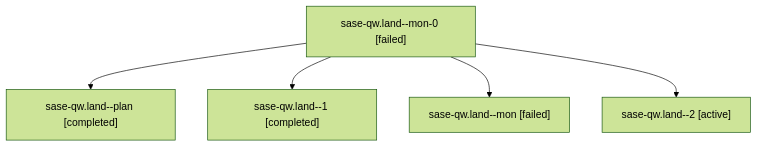
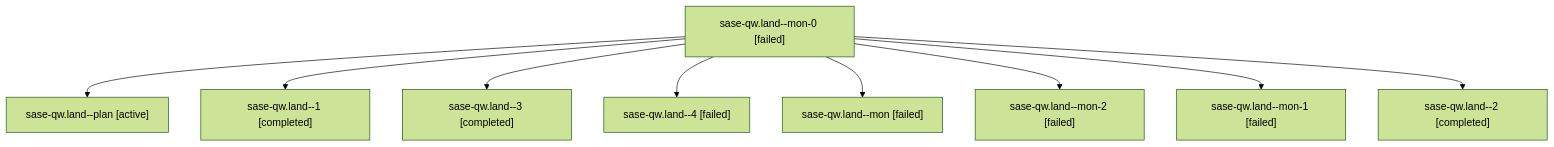
One commit to sase-org/sase--agents changed the diagram in families/bbugyi200.athena.sase-qw.land.md. Above: the diagram before and after it, drawn with Mermaid (forest theme). The commit also changed other lines of this file and 35830 other files, not shown here.

````diff
--- a/families/bbugyi200.athena.sase-qw.land.md
+++ b/families/bbugyi200.athena.sase-qw.land.md
@@ -9,12 +9,20 @@
 ```mermaid
 flowchart TD
   n0["sase-qw.land--mon-0 [failed]"]
-  n1["sase-qw.land--plan [completed]"]
+  n1["sase-qw.land--plan [active]"]
   n0 --> n1
   n2["sase-qw.land--1 [completed]"]
   n0 --> n2
-  n3["sase-qw.land--mon [failed]"]
+  n3["sase-qw.land--3 [completed]"]
   n0 --> n3
-  n4["sase-qw.land--2 [active]"]
+  n4["sase-qw.land--4 [failed]"]
   n0 --> n4
+  n5["sase-qw.land--mon [failed]"]
+  n0 --> n5
+  n6["sase-qw.land--mon-2 [failed]"]
+  n0 --> n6
+  n7["sase-qw.land--mon-1 [failed]"]
+  n0 --> n7
+  n8["sase-qw.land--2 [completed]"]
+  n0 --> n8
 ```
````
